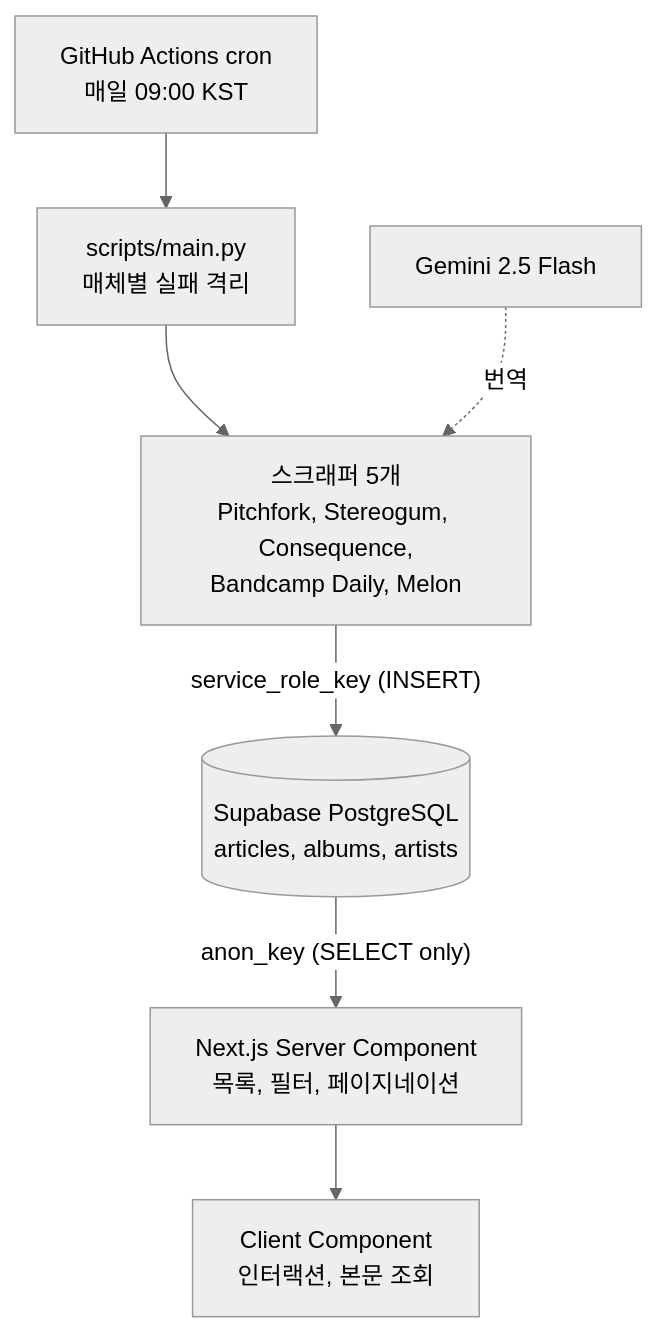
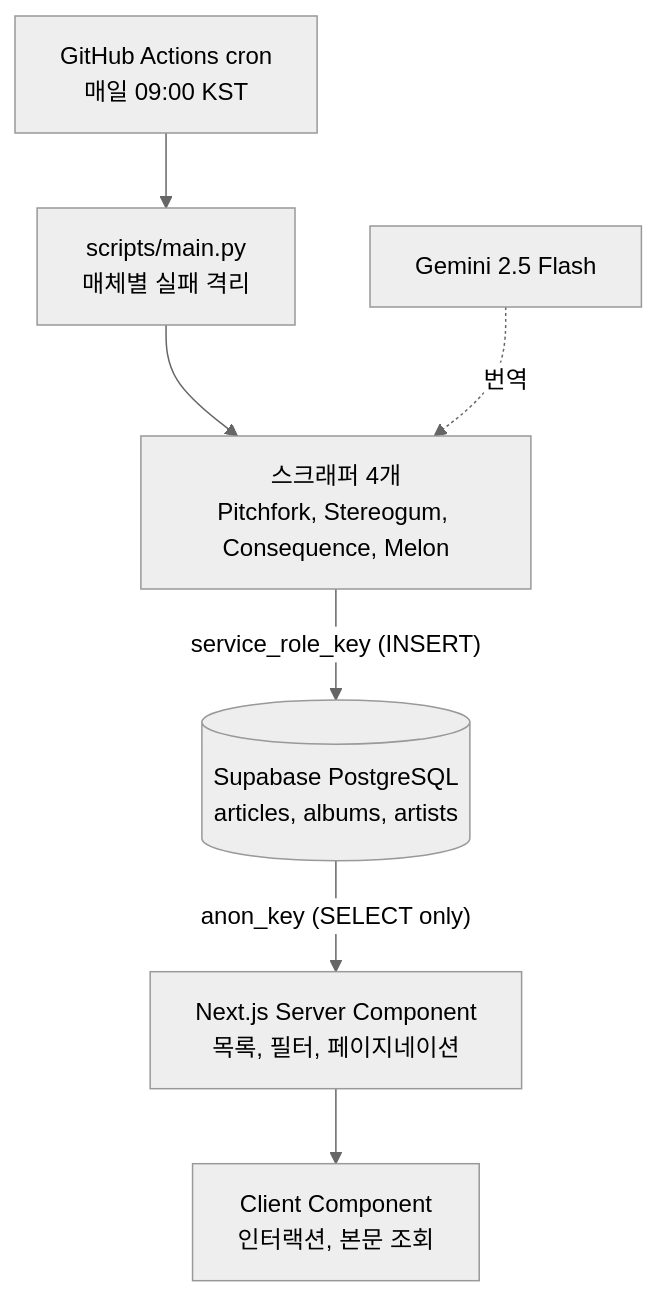
Before and after one commit to prgmd/digem: the first of 2 diagrams in README.md, drawn with Mermaid (neutral theme). The commit also changed other lines of this file, not shown here.

````diff
--- a/README.md
+++ b/README.md
@@ -33,15 +33,15 @@
 ```mermaid
 flowchart TB
     GA["GitHub Actions cron<br/>매일 09:00 KST"]
     MN["scripts/main.py<br/>매체별 실패 격리"]
-    SC["스크래퍼 5개<br/>Pitchfork, Stereogum, Consequence,<br/>Bandcamp Daily, Melon"]
+    SC["스크래퍼 4개<br/>Pitchfork, Stereogum, Consequence, Melon"]
     GM["Gemini 2.5 Flash"]
     DB[("Supabase PostgreSQL<br/>articles, albums, artists")]
     SV["Next.js Server Component<br/>목록, 필터, 페이지네이션"]
     CL["Client Component<br/>인터랙션, 본문 조회"]
 
     GA --> MN --> SC
     GM -. 번역 .-> SC
     SC -- "service_role_key (INSERT)" --> DB
     DB -- "anon_key (SELECT only)" --> SV --> CL
 ```
````
